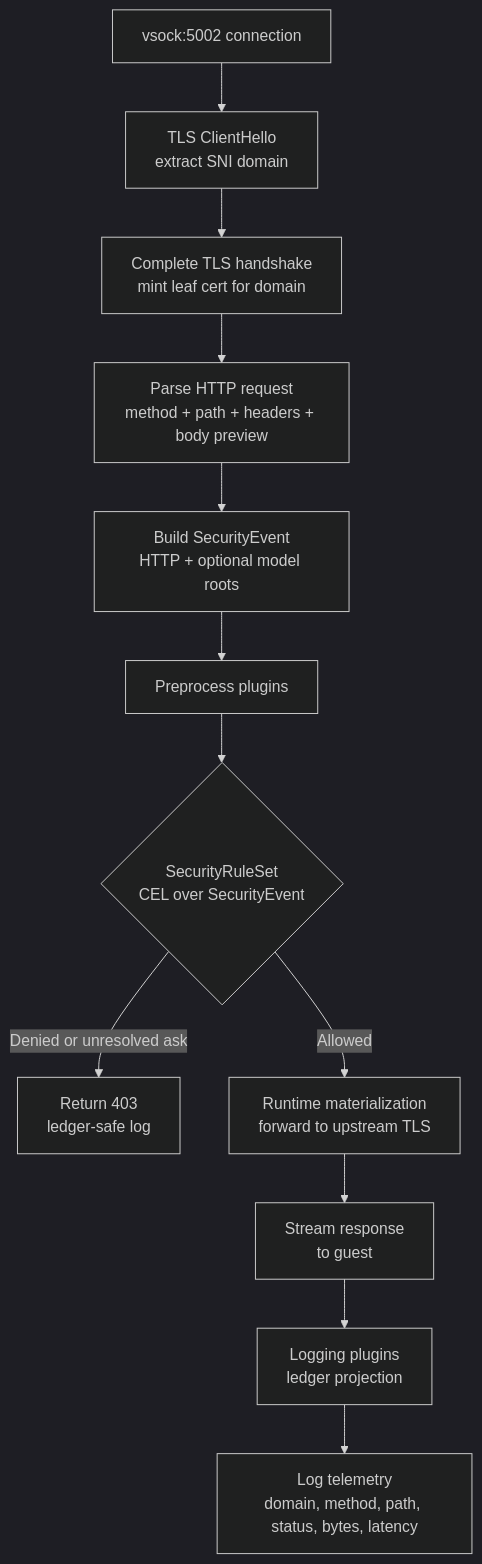
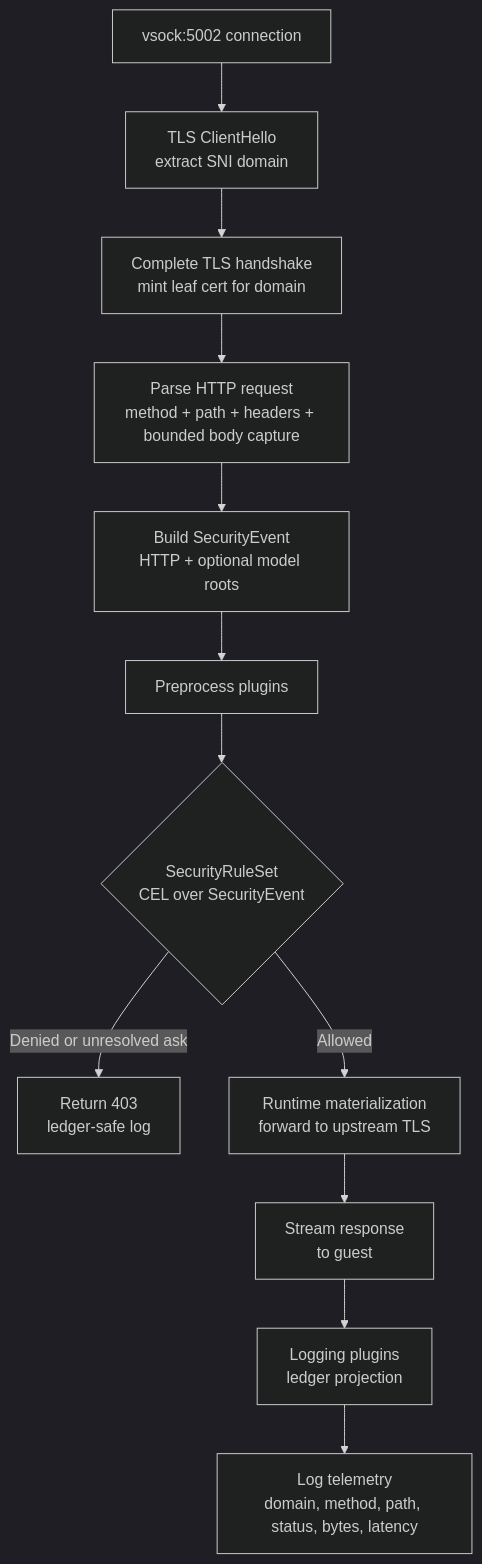
One commit to google/capsem changed the second of 3 diagrams in docs/src/content/docs/security/network-isolation.md. Above: the diagram before and after it, drawn with Mermaid (dark theme). The commit also changed other lines of this file and 8 other files, not shown here.

````diff
--- a/docs/src/content/docs/security/network-isolation.md
+++ b/docs/src/content/docs/security/network-isolation.md
@@ -64,14 +64,14 @@
 ```mermaid
 graph TD
     A["vsock:5002 connection"] --> B["TLS ClientHello<br/>extract SNI domain"]
     B --> E["Complete TLS handshake<br/>mint leaf cert for domain"]
-    E --> F["Parse HTTP request<br/>method + path + headers + body preview"]
+    E --> F["Parse HTTP request<br/>method + path + headers + bounded body capture"]
     F --> S["Build SecurityEvent<br/>HTTP + optional model roots"]
     S --> P["Preprocess plugins"]
     P --> G{"SecurityRuleSet<br/>CEL over SecurityEvent"}
     G -->|Denied or unresolved ask| H["Return 403<br/>ledger-safe log"]
     G -->|Allowed| I["Runtime materialization<br/>forward to upstream TLS"]
     I --> J["Stream response<br/>to guest"]
     J --> K["Logging plugins<br/>ledger projection"]
     K --> L["Log telemetry<br/>domain, method, path, status, bytes, latency"]
 ```
````
